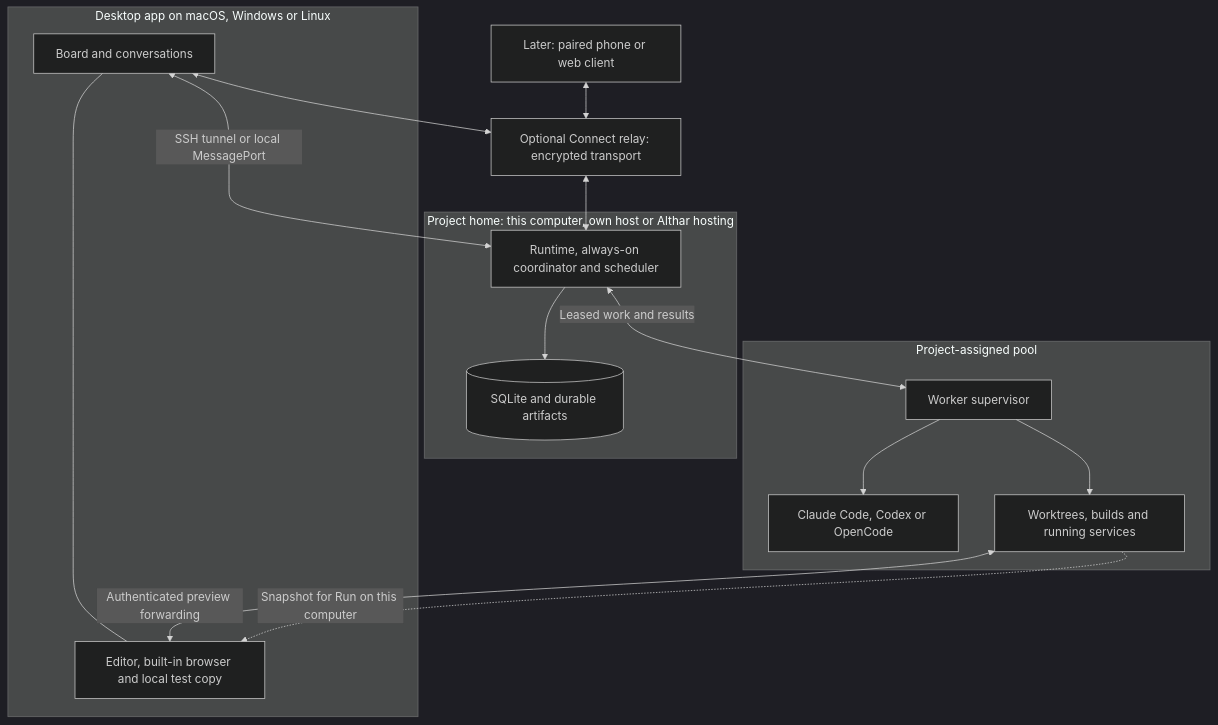
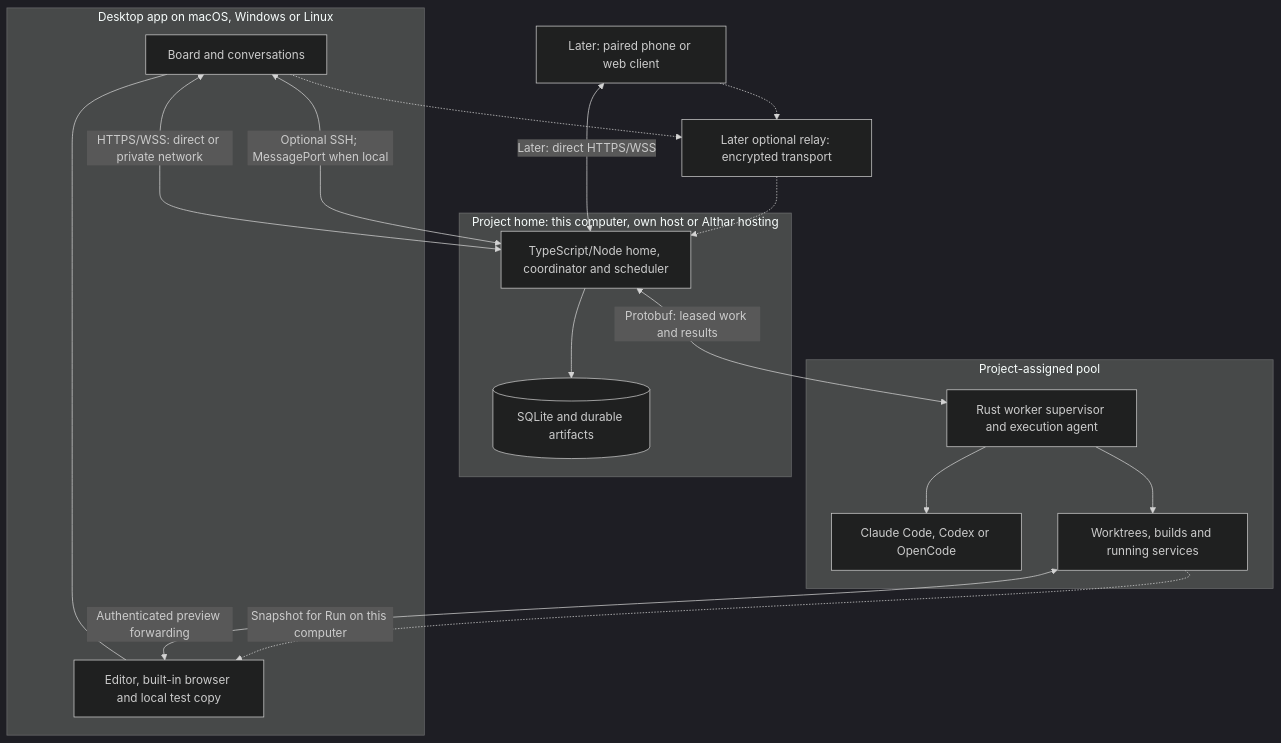
One commit to AltharIDE/althar changed the first of 2 diagrams in docs/decisions/proposed/103-projects-live-locally-or-on-a-host-and-place-work-in-pools.md. Above: the diagram before and after it, drawn with Mermaid (dark theme). The commit also changed other lines of this file and 4 other files, not shown here.

Commit message:
docs: record remote transport and native worker direction

````diff
--- a/docs/decisions/proposed/103-projects-live-locally-or-on-a-host-and-place-work-in-pools.md
+++ b/docs/decisions/proposed/103-projects-live-locally-or-on-a-host-and-place-work-in-pools.md
@@ -45,27 +49,29 @@
 ```mermaid
 flowchart TB
     subgraph Client[Desktop app on macOS, Windows or Linux]
         UI[Board and conversations]
         Native[Editor, built-in browser and local test copy]
         UI --- Native
     end
     Phone[Later: paired phone or web client]
-    Relay[Optional Connect relay: encrypted transport]
-    UI <-->|SSH tunnel or local MessagePort| Home
-    UI <--> Relay
-    Phone <--> Relay
-    Relay <--> Home
+    Relay[Later optional relay: encrypted transport]
+    UI <-->|HTTPS/WSS: direct or private network| Home
+    UI <-->|Optional SSH; MessagePort when local| Home
+    Phone <-->|Later: direct HTTPS/WSS| Home
+    UI -.-> Relay
+    Phone -.-> Relay
+    Relay -.-> Home
     subgraph Authority[Project home: this computer, own host or Althar hosting]
-        Home[Runtime, always-on coordinator and scheduler]
+        Home[TypeScript/Node home, coordinator and scheduler]
         DB[(SQLite and durable artifacts)]
         Home --> DB
     end
-    Home <-->|Leased work and results| Worker
+    Home <-->|Protobuf: leased work and results| Worker
     subgraph Pool[Project-assigned pool]
-        Worker[Worker supervisor]
+        Worker[Rust worker supervisor and execution agent]
         Worker --> Agents[Claude Code, Codex or OpenCode]
         Worker --> Work[Worktrees, builds and running services]
     end
     Work <-->|Authenticated preview forwarding| Native
     Work -. Snapshot for Run on this computer .-> Native
 ```
````
